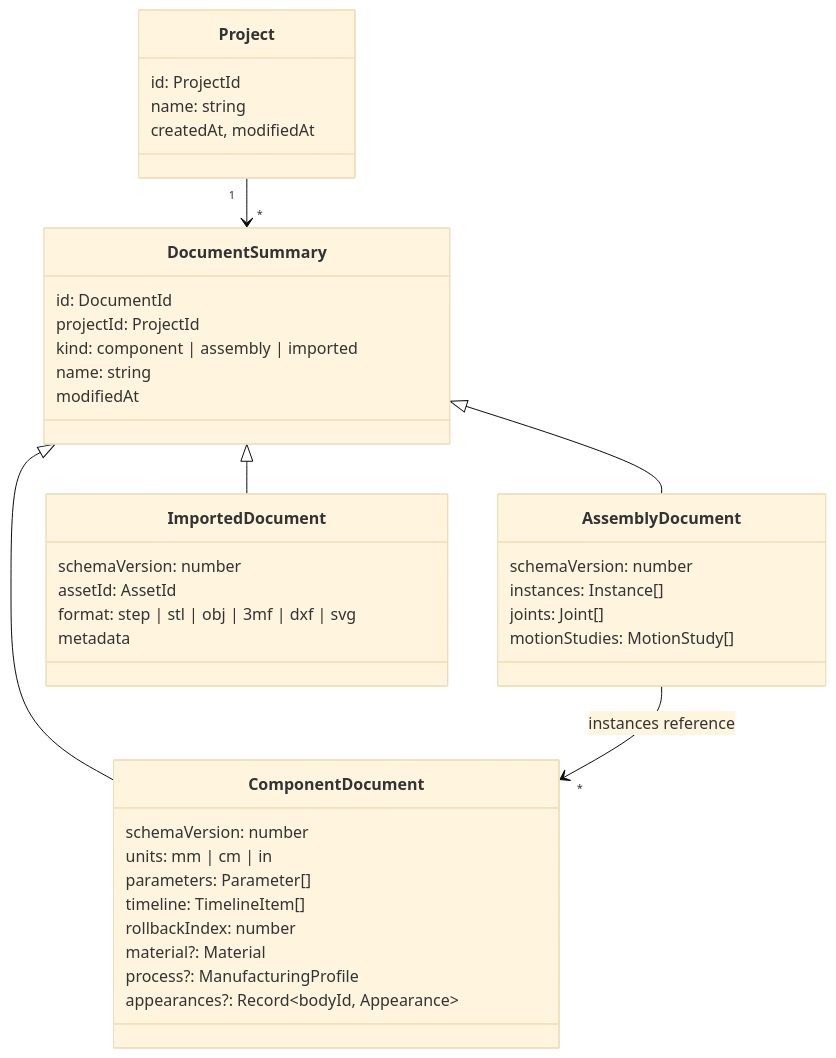
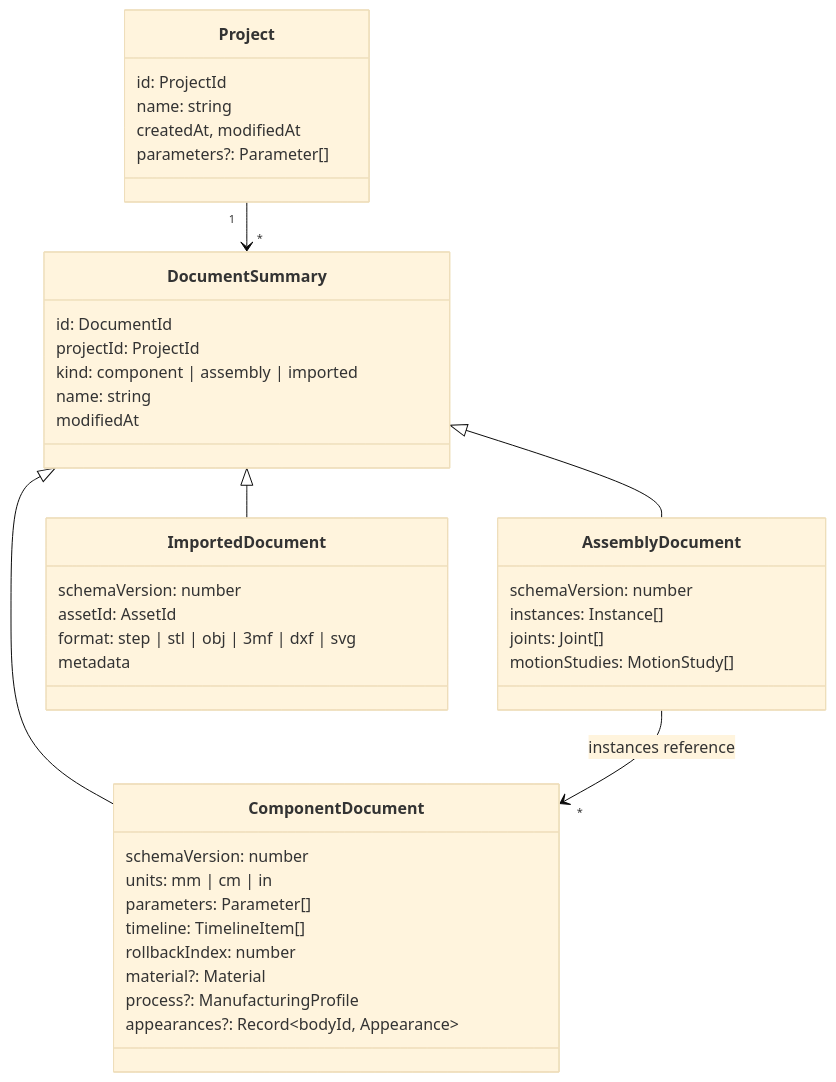
The diagram in docs/Architecture/Document-model.md (h3ll5ur7er/CADence), drawn with Mermaid (base theme) before and after one commit. The commit also changed other lines of this file and 10 other files, not shown here.

Commit message:
CAD-48, CAD-49, CAD-50, CAD-51: Phase 12 in the wiki (guides, document model, ADR-29), roadmap and open points

````diff
--- a/docs/Architecture/Document-model.md
+++ b/docs/Architecture/Document-model.md
@@ -9,42 +9,43 @@
 ```mermaid
 classDiagram
   class Project {
     id: ProjectId
     name: string
     createdAt, modifiedAt
+    parameters?: Parameter[]
   }
   class DocumentSummary {
     id: DocumentId
     projectId: ProjectId
     kind: component | assembly | imported
     name: string
     modifiedAt
   }
   class ComponentDocument {
     schemaVersion: number
     units: mm | cm | in
     parameters: Parameter[]
     timeline: TimelineItem[]
     rollbackIndex: number
     material?: Material
     process?: ManufacturingProfile
     appearances?: Record~bodyId, Appearance~
   }
   class AssemblyDocument {
     schemaVersion: number
     instances: Instance[]
     joints: Joint[]
     motionStudies: MotionStudy[]
   }
   class ImportedDocument {
     schemaVersion: number
     assetId: AssetId
     format: step | stl | obj | 3mf | dxf | svg
     metadata
   }
   Project "1" --> "*" DocumentSummary
   DocumentSummary <|-- ComponentDocument
   DocumentSummary <|-- AssemblyDocument
   DocumentSummary <|-- ImportedDocument
   AssemblyDocument --> "*" ComponentDocument : instances reference
 ```
````
